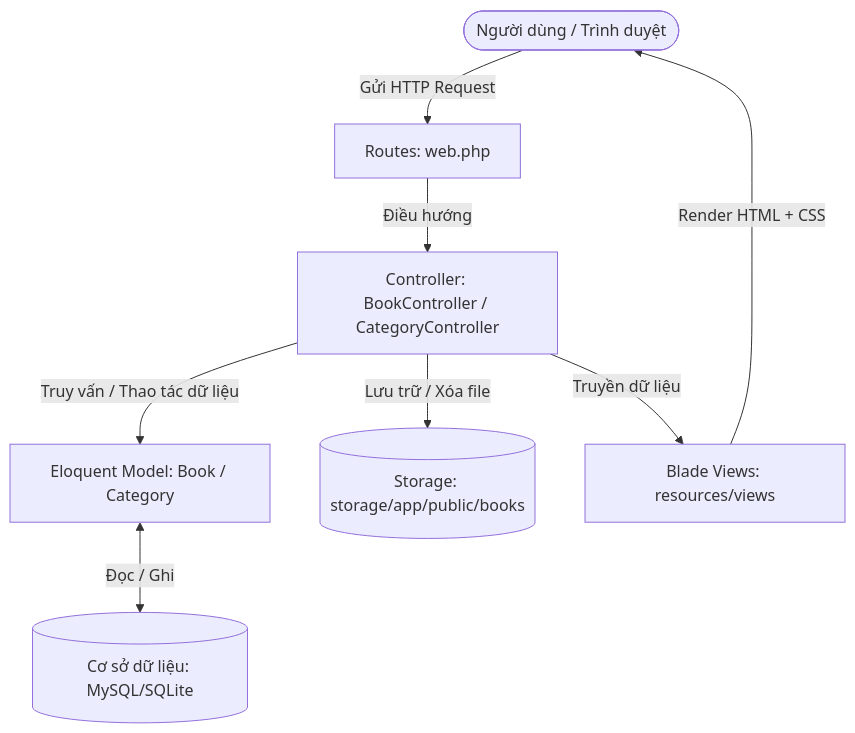
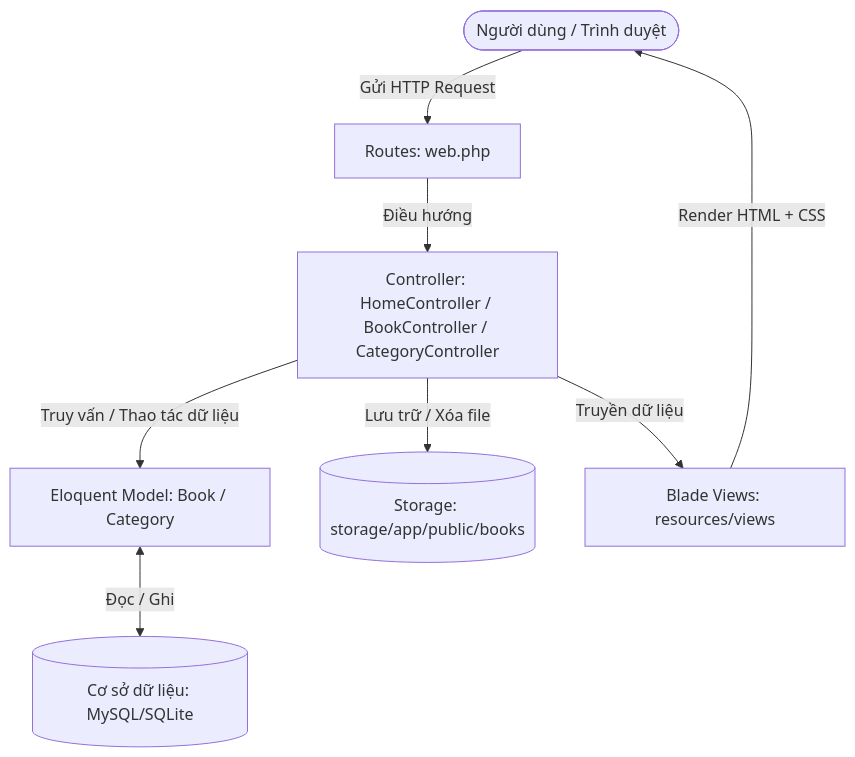
One commit to taminhthu295/project_laravel changed the first of 8 diagrams in SYSTEM_FLOW.md. Above: the diagram before and after it, drawn with Mermaid. The commit also changed other lines of this file and 11 other files, not shown here.

````diff
--- a/SYSTEM_FLOW.md
+++ b/SYSTEM_FLOW.md
@@ -19,10 +20,10 @@
 ```mermaid
 graph TD
     User([Người dùng / Trình duyệt]) -->|Gửi HTTP Request| Route[Routes: web.php]
-    Route -->|Điều hướng| Controller[Controller: BookController / CategoryController]
+    Route -->|Điều hướng| Controller[Controller: HomeController / BookController / CategoryController]
     Controller -->|Truy vấn / Thao tác dữ liệu| Model[Eloquent Model: Book / Category]
     Model <-->|Đọc / Ghi| DB[(Cơ sở dữ liệu: MySQL/SQLite)]
     Controller -->|Lưu trữ / Xóa file| Storage[(Storage: storage/app/public/books)]
     Controller -->|Truyền dữ liệu| View[Blade Views: resources/views]
     View -->|Render HTML + CSS| User
 ```
````
